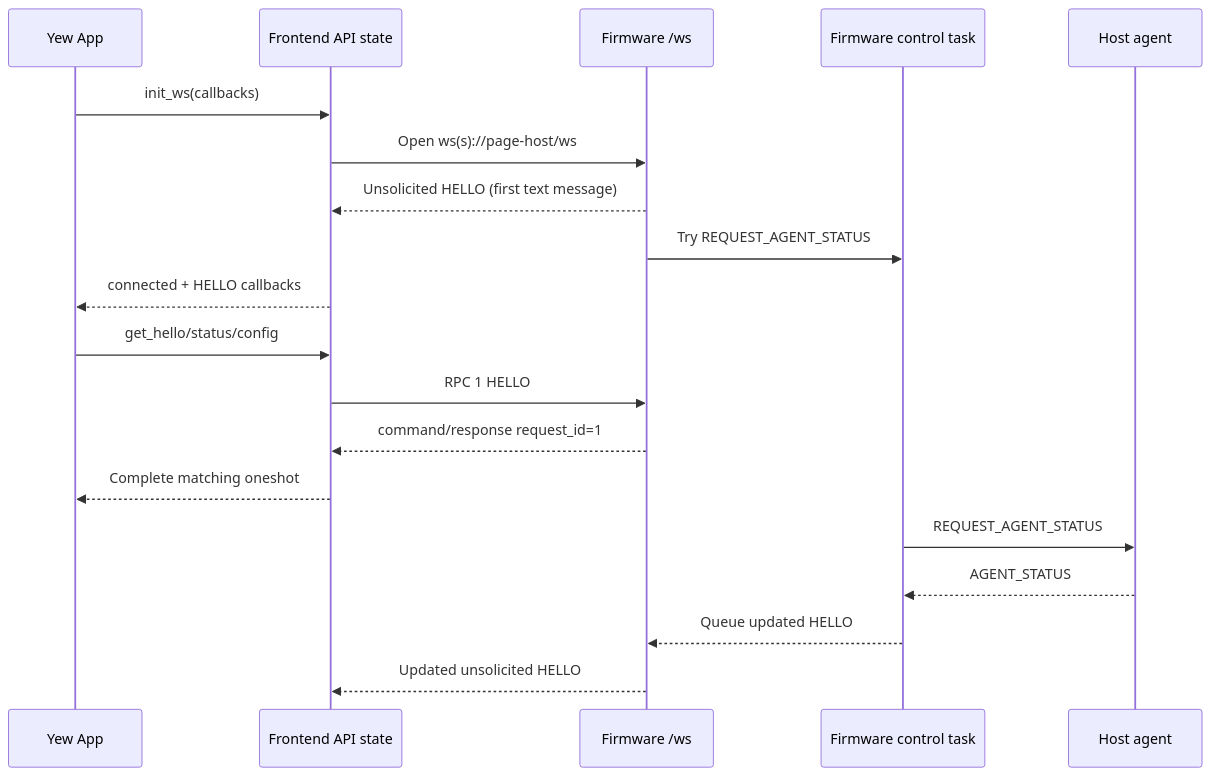
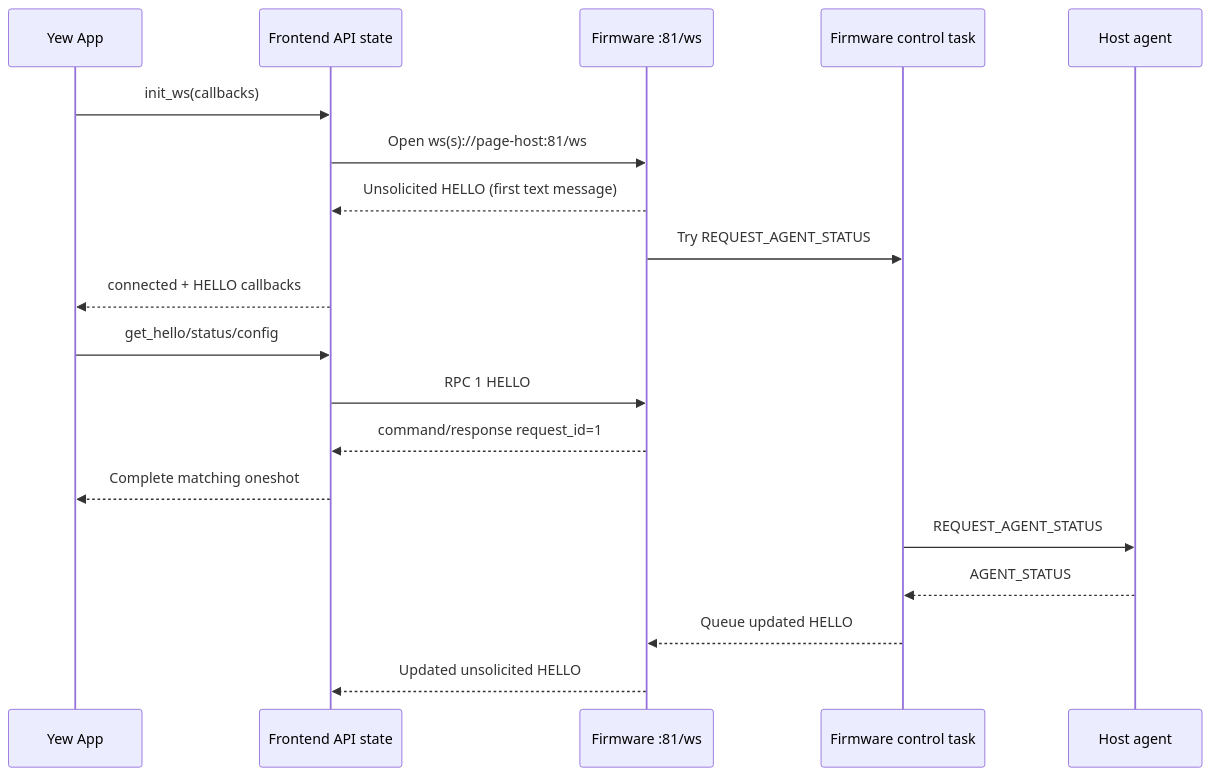
The fifth of 9 diagrams in docs/ARCHITECTURE.md (mapf0000/pico_plus_2w_blinky), drawn with Mermaid before and after one commit. The commit also changed other lines of this file and 30 other files, not shown here.

````diff
--- a/docs/ARCHITECTURE.md
+++ b/docs/ARCHITECTURE.md
@@ -193,22 +193,22 @@
 ```mermaid
 sequenceDiagram
     participant UI as Yew App
     participant API as Frontend API state
-    participant WS as Firmware /ws
+    participant WS as Firmware :81/ws
     participant USB as Firmware control task
     participant Agent as Host agent
 
     UI->>API: init_ws(callbacks)
-    API->>WS: Open ws(s)://page-host/ws
+    API->>WS: Open ws(s)://page-host:81/ws
     WS-->>API: Unsolicited HELLO (first text message)
     WS->>USB: Try REQUEST_AGENT_STATUS
     API-->>UI: connected + HELLO callbacks
     UI->>API: get_hello/status/config
     API->>WS: RPC 1 HELLO
     WS-->>API: command/response request_id=1
     API-->>UI: Complete matching oneshot
     USB->>Agent: REQUEST_AGENT_STATUS
     Agent-->>USB: AGENT_STATUS
     USB-->>WS: Queue updated HELLO
     WS-->>API: Updated unsolicited HELLO
 ```
````
